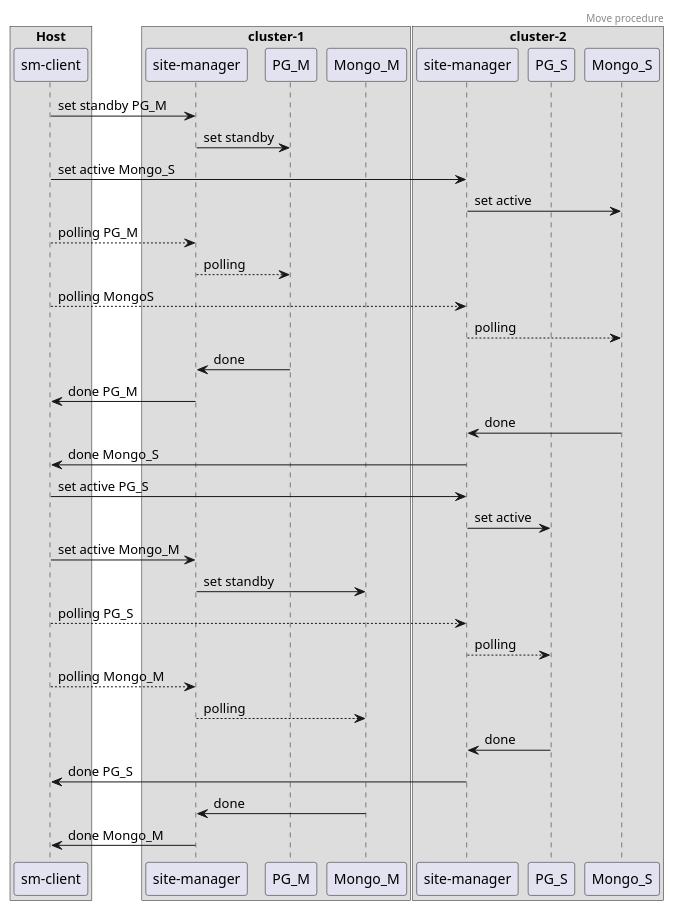
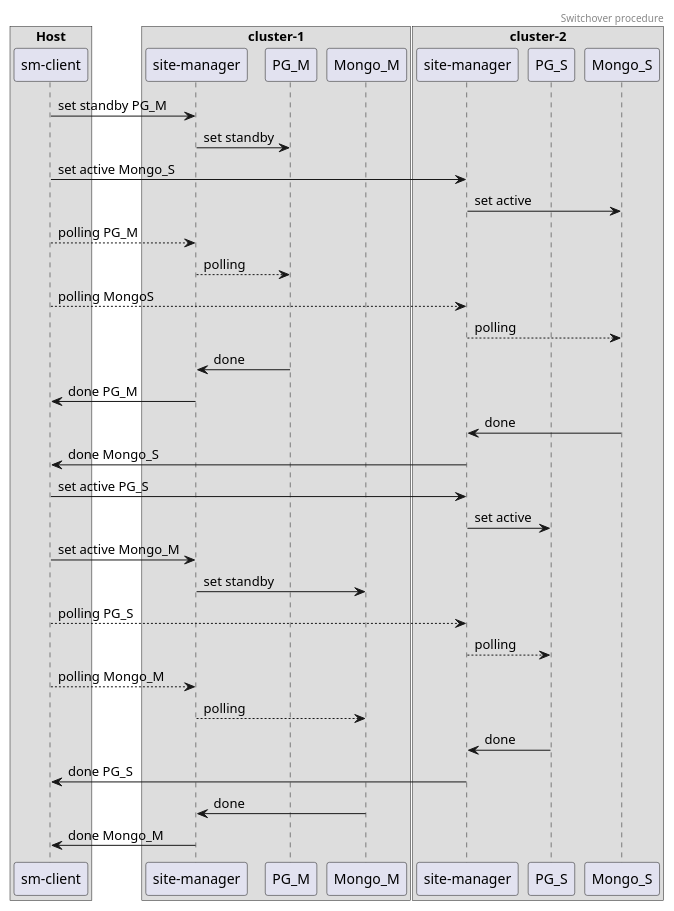
Before and after one commit to Netcracker/DRNavigator: the diagram in documentation/sources/site-manager_diagram_switchover.puml, drawn with PlantUML. The commit also changed 3 other files, not shown here.

Commit message:
fix dr procedure diagrams

```diff
--- a/documentation/sources/site-manager_diagram_switchover.puml
+++ b/documentation/sources/site-manager_diagram_switchover.puml
@@ -1,49 +1,49 @@
 @startuml
-header Move procedure
+header Switchover procedure
 
 box "Host"
 participant "sm-client" as smClient
 end box
 
 box "cluster-1"
 participant "site-manager" as SiteManager1
 participant PG_M
 participant Mongo_M
 end box
 
 box "cluster-2"
 participant "site-manager" as SiteManager2
 participant PG_S
 participant Mongo_S
 end box
 
 smClient  -> SiteManager1 : set standby PG_M
 SiteManager1 -> PG_M : set standby
 smClient -> SiteManager2 : set active Mongo_S
 SiteManager2 -> Mongo_S : set active
 
 smClient --> SiteManager1 : polling PG_M
 SiteManager1 --> PG_M : polling
 smClient --> SiteManager2 : polling MongoS
 SiteManager2 --> Mongo_S : polling
 
 PG_M -> SiteManager1 : done
 SiteManager1 -> smClient : done PG_M
 Mongo_S -> SiteManager2 : done
 SiteManager2 -> smClient : done Mongo_S
 
 smClient  -> SiteManager2 : set active PG_S
 SiteManager2 -> PG_S : set active
 smClient  -> SiteManager1 : set active Mongo_M
 SiteManager1 -> Mongo_M : set standby
 
 smClient  --> SiteManager2 : polling PG_S
 SiteManager2 --> PG_S : polling
 smClient --> SiteManager1 : polling Mongo_M
 SiteManager1 --> Mongo_M : polling
 
 PG_S -> SiteManager2 : done
 SiteManager2 -> smClient : done PG_S
 Mongo_M -> SiteManager1 : done
 SiteManager1 -> smClient : done Mongo_M
 @enduml
```
